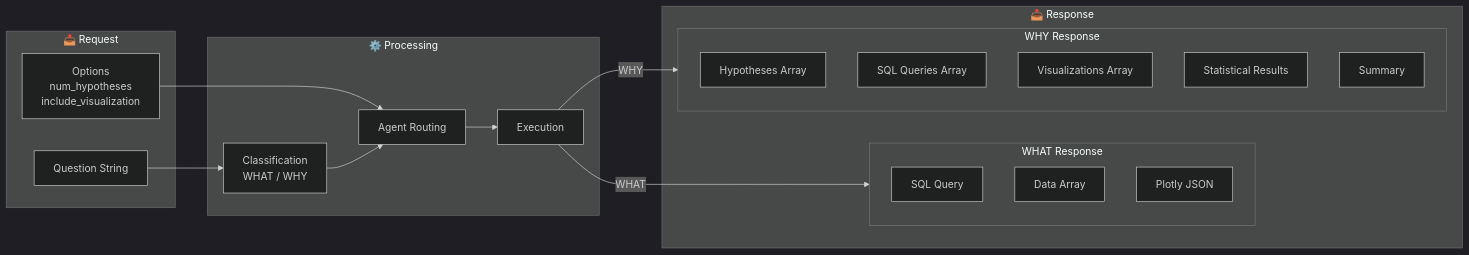
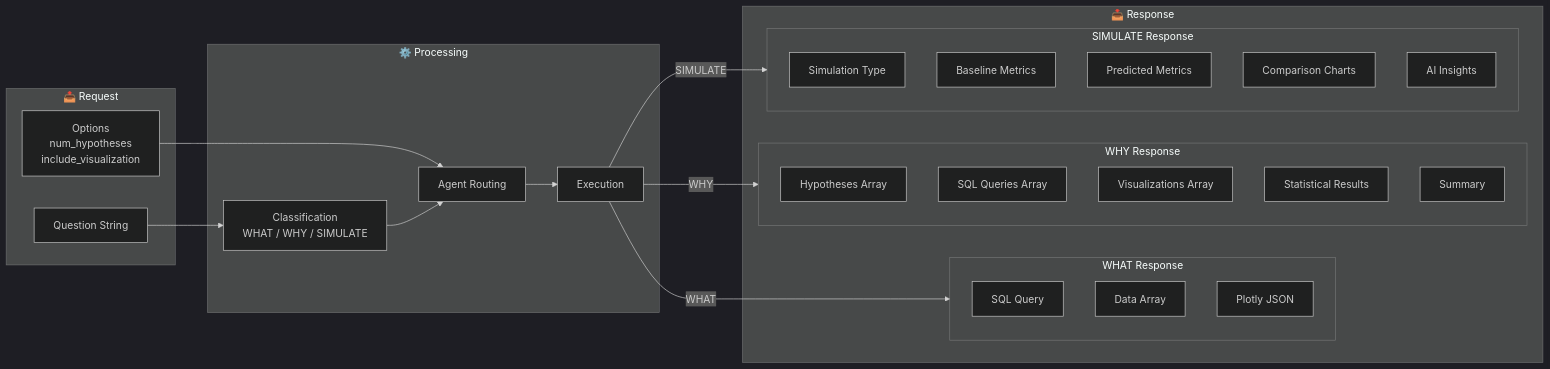
One commit to Yogarajaadithya/The-Multi-Agent-Assistant-for-Smarter-Analytics changed the fifth of 7 diagrams in ARCHITECTURE.md. Above: the diagram before and after it, drawn with Mermaid (dark theme). The commit also changed other lines of this file and 44 other files, not shown here.

````diff
--- a/ARCHITECTURE.md
+++ b/ARCHITECTURE.md
@@ -397,36 +582,45 @@
 ```mermaid
 flowchart LR
     subgraph Request["📤 Request"]
         Q[Question String]
         Opts[Options<br/>num_hypotheses<br/>include_visualization]
     end
 
     subgraph Processing["⚙️ Processing"]
-        Class[Classification<br/>WHAT / WHY]
+        Class[Classification<br/>WHAT / WHY / SIMULATE]
         Agent[Agent Routing]
         Exec[Execution]
     end
 
     subgraph Response["📥 Response"]
         subgraph WHAT_Resp["WHAT Response"]
             SQL1[SQL Query]
             Data1[Data Array]
             Viz1[Plotly JSON]
         end
         
         subgraph WHY_Resp["WHY Response"]
             Hyp[Hypotheses Array]
             SQLs[SQL Queries Array]
             Vizs[Visualizations Array]
             Stats[Statistical Results]
             Sum[Summary]
         end
+        
+        subgraph SIM_Resp["SIMULATE Response"]
+            SimType[Simulation Type]
+            Baseline[Baseline Metrics]
+            Predicted[Predicted Metrics]
+            Comparison[Comparison Charts]
+            Insights[AI Insights]
+        end
     end
 
     Q --> Class
     Opts --> Agent
     Class --> Agent
     Agent --> Exec
     Exec -->|WHAT| WHAT_Resp
     Exec -->|WHY| WHY_Resp
+    Exec -->|SIMULATE| SIM_Resp
 ```
````
